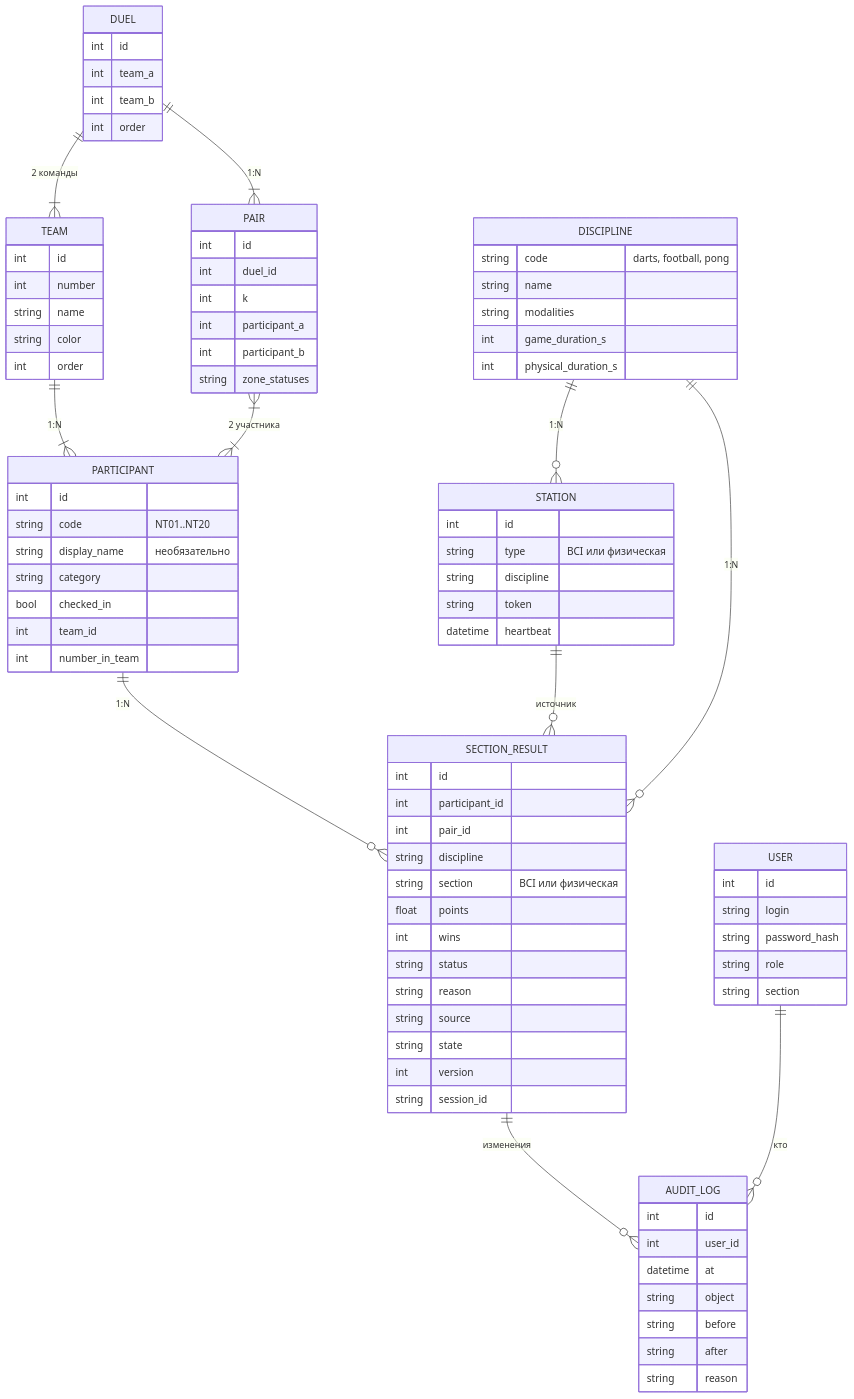
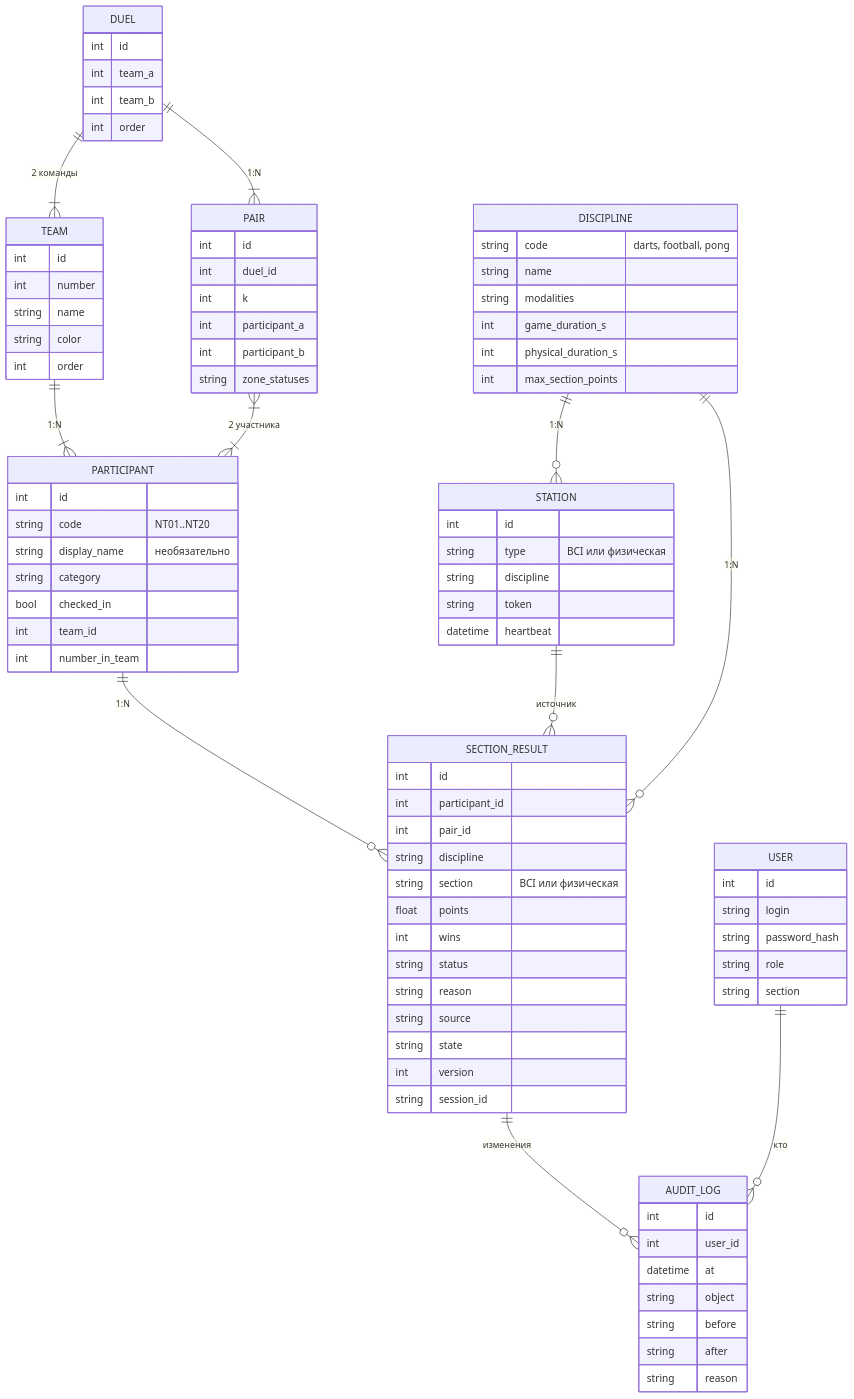
The seventh of 9 diagrams in docs/architecture.md (L0GIN0UT/Neurotlon), drawn with Mermaid before and after one commit. The commit also changed other lines of this file and 1 other file, not shown here.

Commit message:
docs: section points limit (decision 27, scoring, tablet form)

```diff
--- a/docs/architecture.md
+++ b/docs/architecture.md
@@ -191,6 +191,7 @@
         string modalities
         int game_duration_s
         int physical_duration_s
+        int max_section_points
     }
     STATION {
         int id
```
